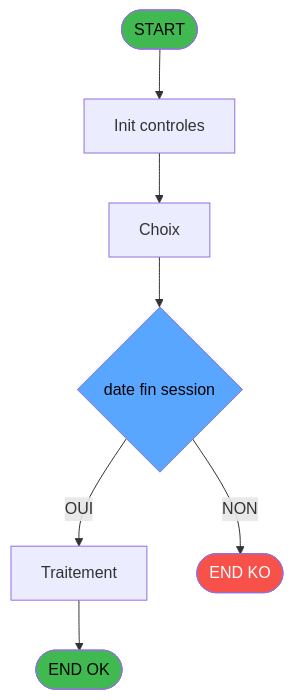
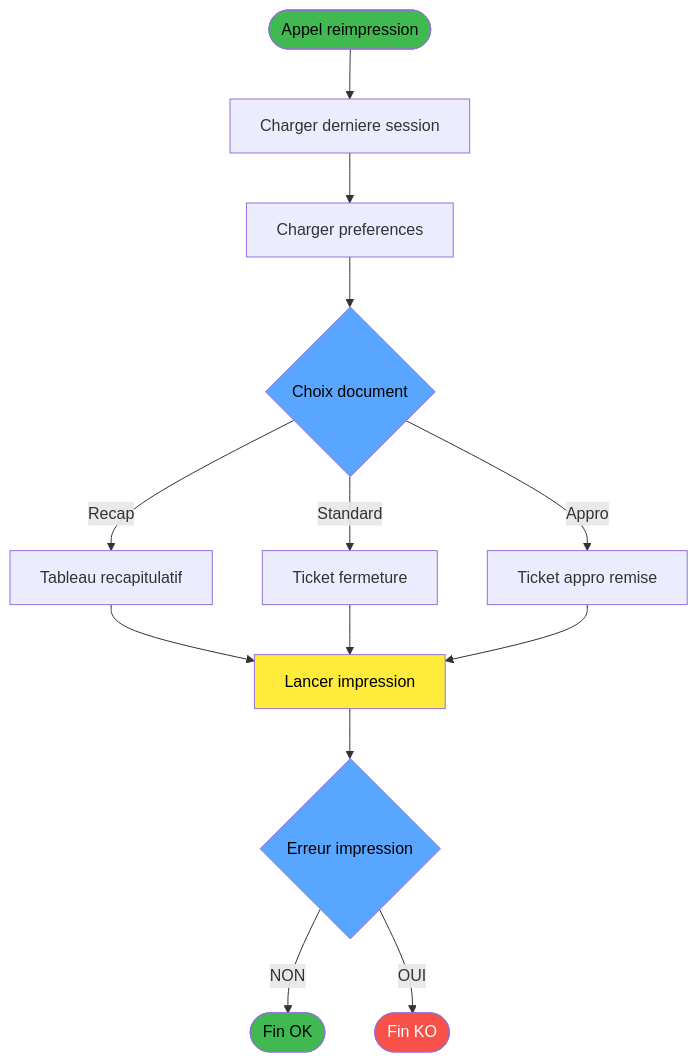
The first of 3 diagrams in .openspec/specs/ADH-IDE-151.md (thonyAGP/magic-migration), drawn with Mermaid before and after one commit. The commit also changed other lines of this file and 7 other files, not shown here.

````diff
--- a/.openspec/specs/ADH-IDE-151.md
+++ b/.openspec/specs/ADH-IDE-151.md
@@ -291,20 +312,34 @@
 ```mermaid
 flowchart TD
-    START([START])
-    INIT[Init controles]
-    SAISIE[Choix]
-    DECISION{date fin session}
-    PROCESS[Traitement]
-    ENDOK([END OK])
-    ENDKO([END KO])
+    START([Appel reimpression])
+    LSESS[Charger derniere session]
+    PARAMS[Charger preferences]
+    CHOIX{Choix document}
+    RECAP[Tableau recapitulatif]
+    TICKET[Ticket fermeture]
+    APPRO[Ticket appro remise]
+    PRINT[Lancer impression]
+    CHERR{Erreur impression}
+    ENDOK([Fin OK])
+    ENDKO([Fin KO])
 
-    START --> INIT --> SAISIE --> DECISION
-    DECISION -->|OUI| PROCESS
-    DECISION -->|NON| ENDKO
-    PROCESS --> ENDOK
+    START --> LSESS
+    LSESS --> PARAMS
+    PARAMS --> CHOIX
+    CHOIX -->|Recap| RECAP
+    CHOIX -->|Standard| TICKET
+    CHOIX -->|Appro| APPRO
+    RECAP --> PRINT
+    TICKET --> PRINT
+    APPRO --> PRINT
+    PRINT --> CHERR
+    CHERR -->|NON| ENDOK
+    CHERR -->|OUI| ENDKO
 
     style START fill:#3fb950,color:#000
     style ENDOK fill:#3fb950,color:#000
     style ENDKO fill:#f85149,color:#fff
-    style DECISION fill:#58a6ff,color:#000
+    style CHOIX fill:#58a6ff,color:#000
+    style CHERR fill:#58a6ff,color:#000
+    style PRINT fill:#ffeb3b,color:#000
 ```
````
